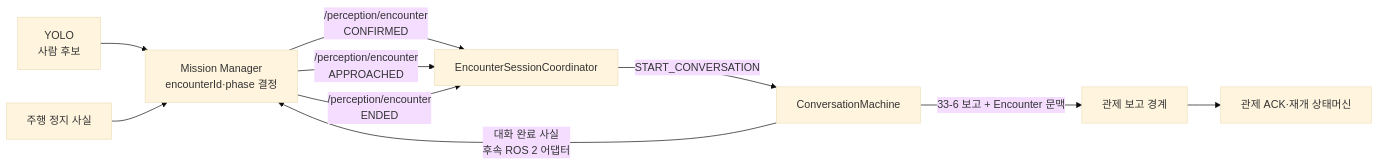
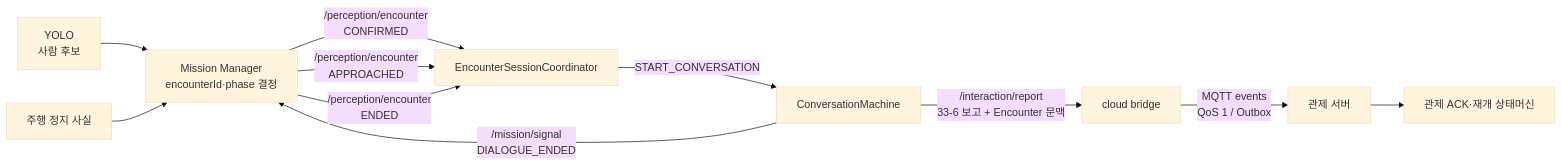
Before and after one commit to Common-AIOT/Sentinel-UGV: the diagram in ai/stt/docs/비전-트리거-음성-세션.md, drawn with Mermaid (base theme). The commit also changed other lines of this file and 20 other files, not shown here.

````diff
--- a/ai/stt/docs/비전-트리거-음성-세션.md
+++ b/ai/stt/docs/비전-트리거-음성-세션.md
@@ -15,12 +15,13 @@
 ```mermaid
 flowchart LR
     YOLO["YOLO<br/>사람 후보"] --> MM["Mission Manager<br/>encounterId·phase 결정"]
     STOP["주행 정지 사실"] --> MM
     MM -->|"/perception/encounter<br/>CONFIRMED"| COORD["EncounterSessionCoordinator"]
     MM -->|"/perception/encounter<br/>APPROACHED"| COORD
     COORD -->|"START_CONVERSATION"| CONV["ConversationMachine"]
-    CONV -->|"대화 완료 사실<br/>후속 ROS 2 어댑터"| MM
-    CONV -->|"33-6 보고 + Encounter 문맥"| REPORT["관제 보고 경계"]
+    CONV -->|"/mission/signal<br/>DIALOGUE_ENDED"| MM
+    CONV -->|"/interaction/report<br/>33-6 보고 + Encounter 문맥"| BRIDGE["cloud bridge"]
+    BRIDGE -->|"MQTT events<br/>QoS 1 / Outbox"| REPORT["관제 서버"]
     MM -->|"/perception/encounter<br/>ENDED"| COORD
     REPORT --> ACK["관제 ACK·재개 상태머신"]
 ```
````
